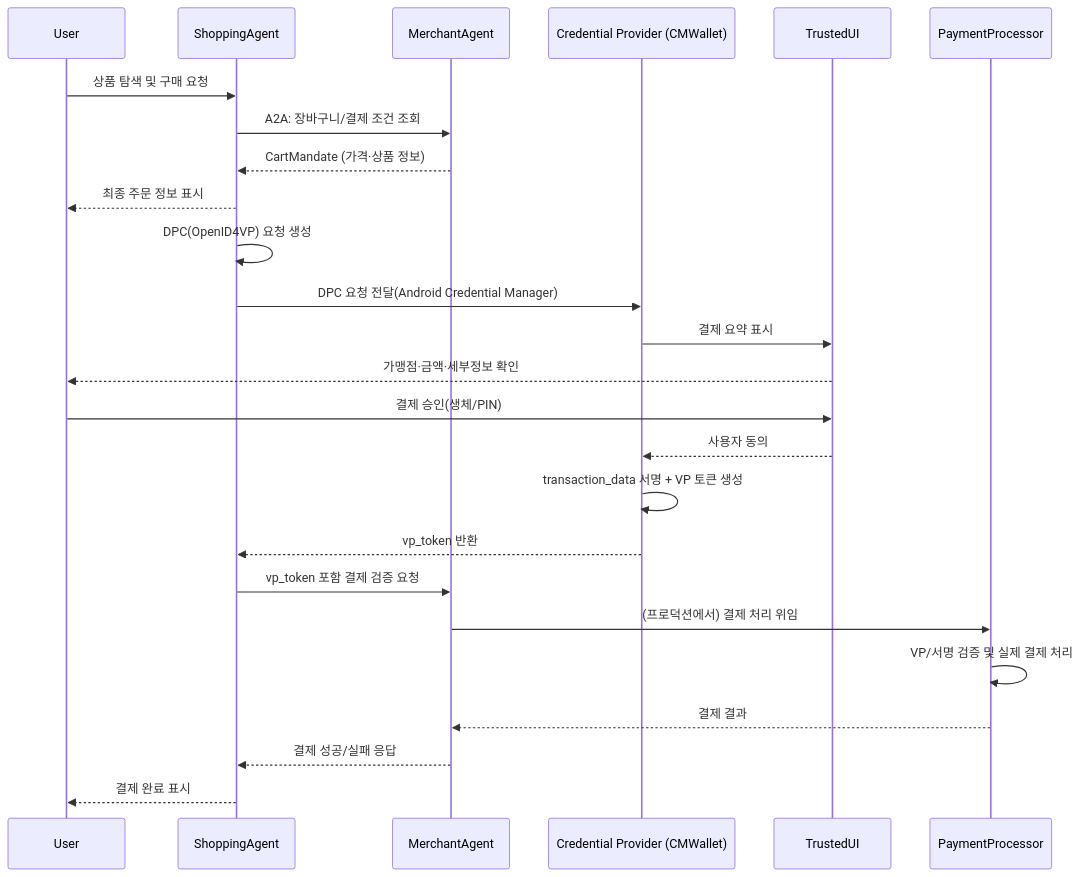
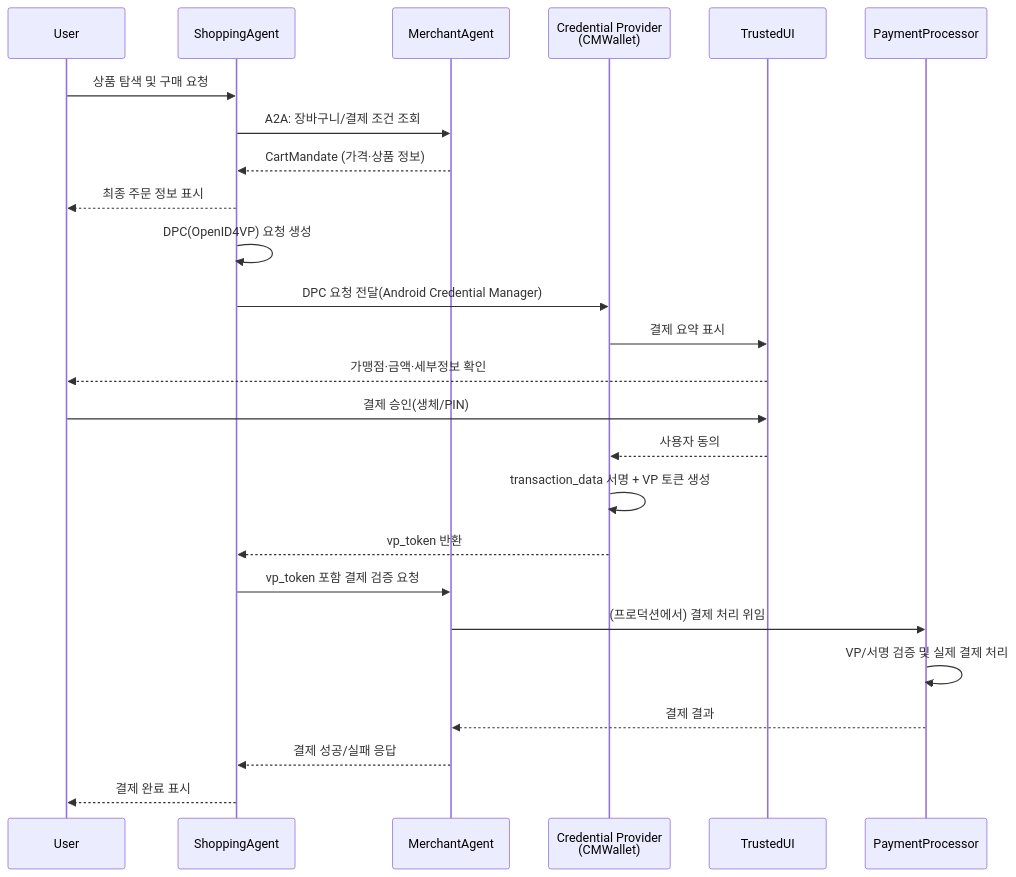
One commit to kukgini/kukgini.github.io changed the second of 3 diagrams in src/ap2/ap2-samples.md. Above: the diagram before and after it, drawn with Mermaid.

Commit message:
Update AP2 overview text

`````diff
--- a/src/ap2/ap2-samples.md
+++ b/src/ap2/ap2-samples.md
@@ -80,31 +80,31 @@
 ```{mermaid}
 sequenceDiagram
     participant User
     participant ShoppingAgent
     participant MerchantAgent
-    participant CredentialProvider as Credential Provider (CMWallet)
+    participant CredentialProvider as Credential Provider<br/>(CMWallet)
     participant TrustedUI
     participant PaymentProcessor
 
     User->>ShoppingAgent: 상품 탐색 및 구매 요청
     ShoppingAgent->>MerchantAgent: A2A: 장바구니/결제 조건 조회
     MerchantAgent-->>ShoppingAgent: CartMandate (가격·상품 정보)
     ShoppingAgent-->>User: 최종 주문 정보 표시
 
     ShoppingAgent->>ShoppingAgent: DPC(OpenID4VP) 요청 생성
     ShoppingAgent->>CredentialProvider: DPC 요청 전달(Android Credential Manager)
 
     CredentialProvider->>TrustedUI: 결제 요약 표시
     TrustedUI-->>User: 가맹점·금액·세부정보 확인
     User->>TrustedUI: 결제 승인(생체/PIN)
     TrustedUI-->>CredentialProvider: 사용자 동의
     CredentialProvider->>CredentialProvider: transaction_data 서명 + VP 토큰 생성
     CredentialProvider-->>ShoppingAgent: vp_token 반환
 
     ShoppingAgent->>MerchantAgent: vp_token 포함 결제 검증 요청
     MerchantAgent->>PaymentProcessor: (프로덕션에서) 결제 처리 위임
     PaymentProcessor->>PaymentProcessor: VP/서명 검증 및 실제 결제 처리
     PaymentProcessor-->>MerchantAgent: 결제 결과
     MerchantAgent-->>ShoppingAgent: 결제 성공/실패 응답
     ShoppingAgent-->>User: 결제 완료 표시
 ````
`````
